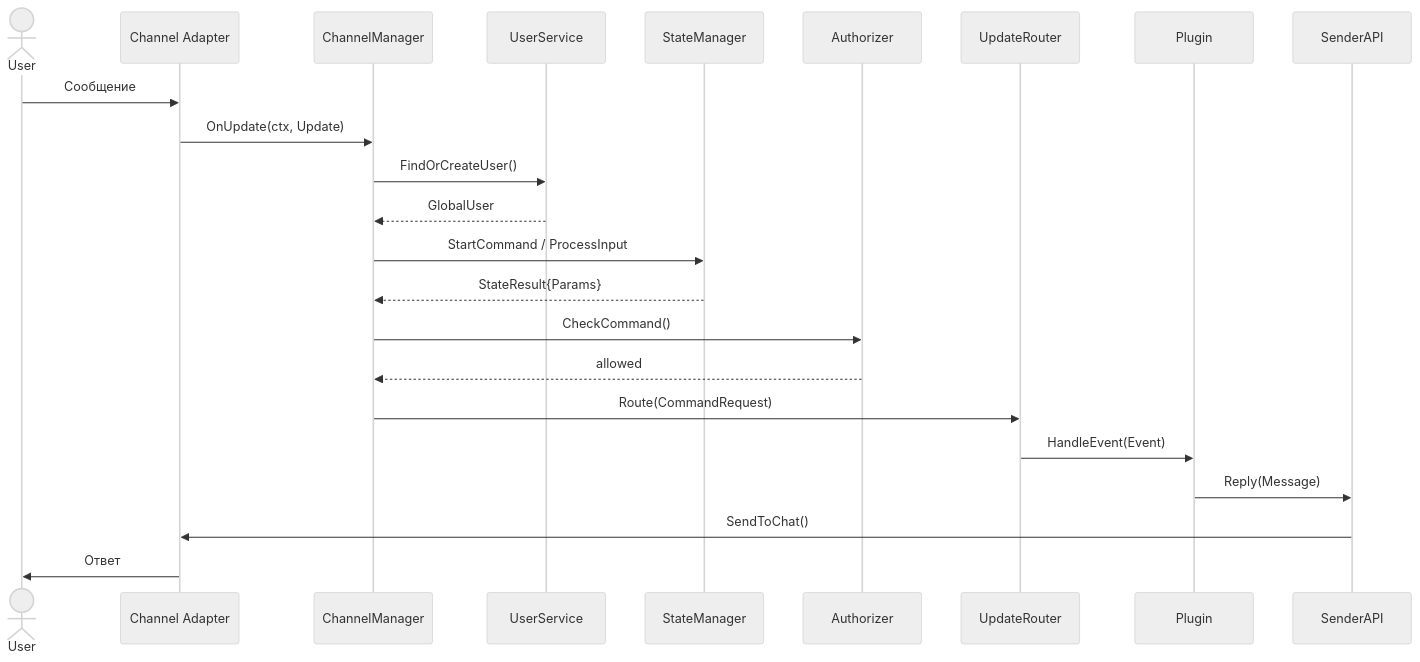
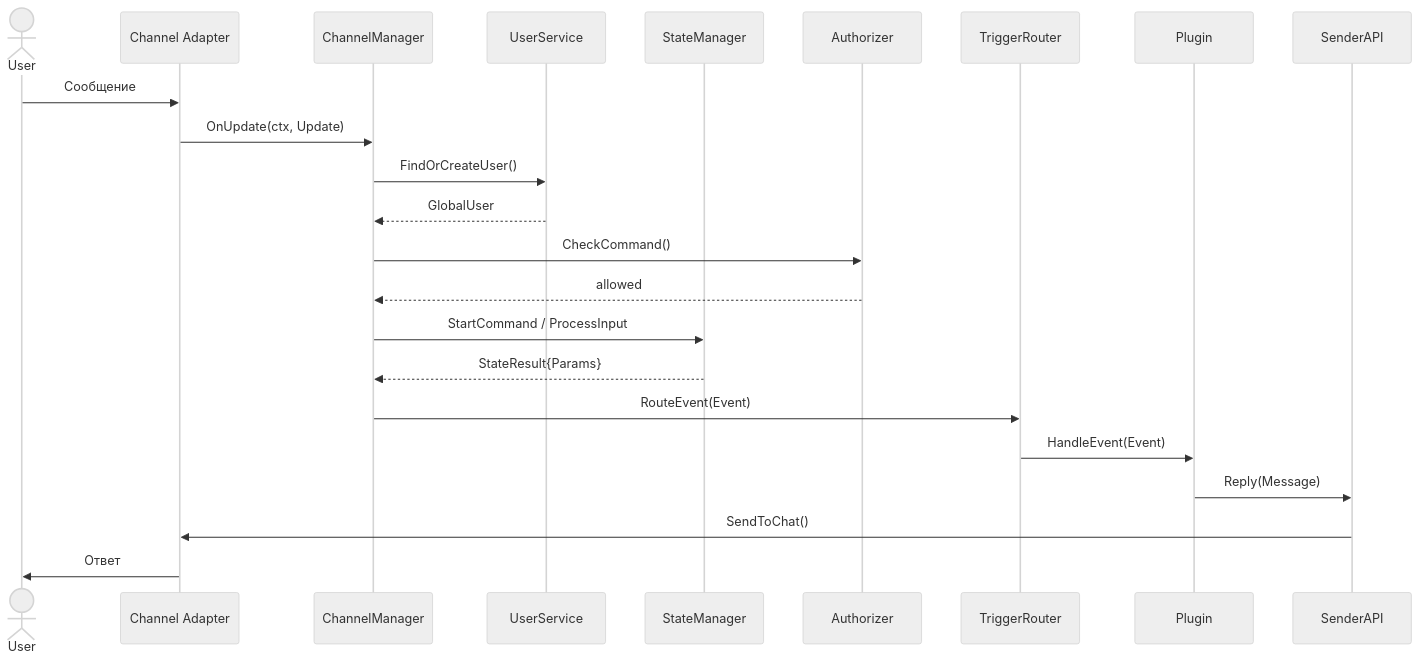
The second of 4 diagrams in web/docs/architecture/components.md (StaZisS/SuperBotGo), drawn with Mermaid (neutral theme) before and after one commit. The commit also changed other lines of this file and 27 other files, not shown here.

````diff
--- a/web/docs/architecture/components.md
+++ b/web/docs/architecture/components.md
@@ -193,26 +192,26 @@
 ```mermaid
 sequenceDiagram
     actor User
     participant Ch as Channel Adapter
     participant CM as ChannelManager
     participant US as UserService
     participant SM as StateManager
     participant AZ as Authorizer
-    participant UR as UpdateRouter
+    participant TR as TriggerRouter
     participant P as Plugin
     participant SA as SenderAPI
 
     User->>Ch: Сообщение
     Ch->>CM: OnUpdate(ctx, Update)
     CM->>US: FindOrCreateUser()
     US-->>CM: GlobalUser
+    CM->>AZ: CheckCommand()
+    AZ-->>CM: allowed
     CM->>SM: StartCommand / ProcessInput
     SM-->>CM: StateResult{Params}
-    CM->>AZ: CheckCommand()
-    AZ-->>CM: allowed
-    CM->>UR: Route(CommandRequest)
-    UR->>P: HandleEvent(Event)
+    CM->>TR: RouteEvent(Event)
+    TR->>P: HandleEvent(Event)
     P->>SA: Reply(Message)
     SA->>Ch: SendToChat()
     Ch->>User: Ответ
 ```
````
